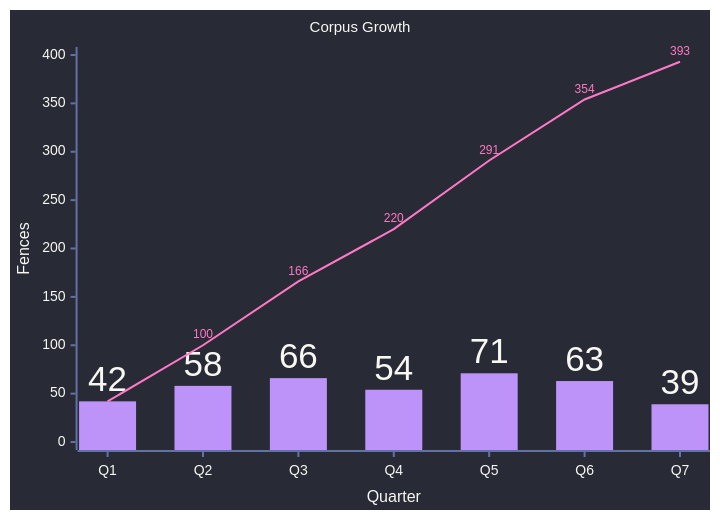
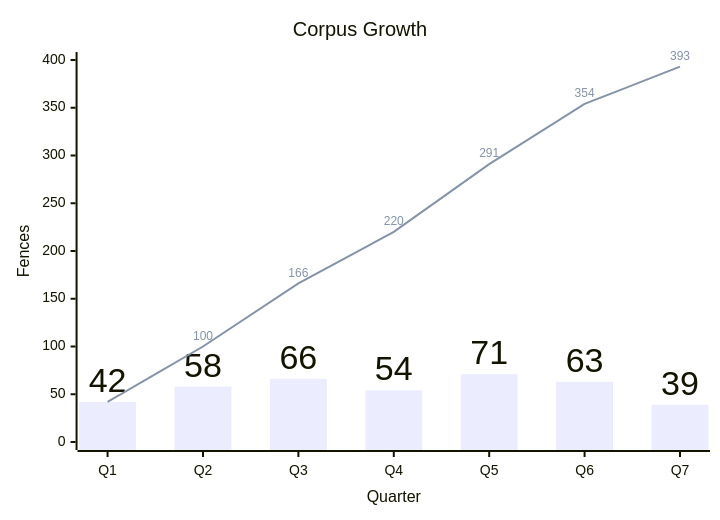
Before and after one commit to bsamiee/Rasm: the eighth of 25 diagrams in .claude/skills/mermaid-diagramming/references/syntax-extended.md, drawn with Mermaid. The commit also changed other lines of this file and 28 other files, not shown here.

Commit message:
skills(docgen+mermaid): payload-only diagram law — docgen gate/fixer strips fence styling; mermaid bundle sheds the styling canon, theming survives as one opt-in reference

````diff
--- a/.claude/skills/mermaid-diagramming/references/syntax-extended.md
+++ b/.claude/skills/mermaid-diagramming/references/syntax-extended.md
@@ -437,38 +249,16 @@
 ```mermaid
 ---
 config:
-  theme: base
-  look: classic
   xyChart:
     showDataLabel: true
     showDataLabelOutsideBar: true
-    titleFontSize: 15
-  themeVariables:
-    darkMode: true
-    fontFamily: "SF Mono, Menlo, Cascadia Mono, Segoe UI Mono, Consolas, monospace"
-    useGradient: false
-    dropShadow: "none"
-    xyChart:
-      backgroundColor: "#282A36"
-      titleColor: "#F8F8F2"
-      dataLabelColor: "#F8F8F2"
-      xAxisLabelColor: "#F8F8F2"
-      xAxisTitleColor: "#F8F8F2"
-      xAxisTickColor: "#6272A4"
-      xAxisLineColor: "#6272A4"
-      yAxisLabelColor: "#F8F8F2"
-      yAxisTitleColor: "#F8F8F2"
-      yAxisTickColor: "#6272A4"
-      yAxisLineColor: "#6272A4"
-      plotColorPalette: "#BD93F9, #FF79C6"
-  themeCSS: ".bar-plot-0 rect{fill-opacity:.75;stroke-width:1.5px}.plot text{font-size:11px}"
 ---
 xychart
   accTitle: Corpus growth
   accDescr: Fences added per quarter as bars with the cumulative corpus size as a line overlay.
   title "Corpus Growth"
   x-axis "Quarter" ["Q1", "Q2", "Q3", "Q4", "Q5", "Q6", "Q7"]
   y-axis "Fences" 0 --> 400
   bar [42, 58, 66, 54, 71, 63, 39]
   line [42, 100 "100", 166 "166", 220 "220", 291 "291", 354 "354", 393 "393"]
 ```
````
